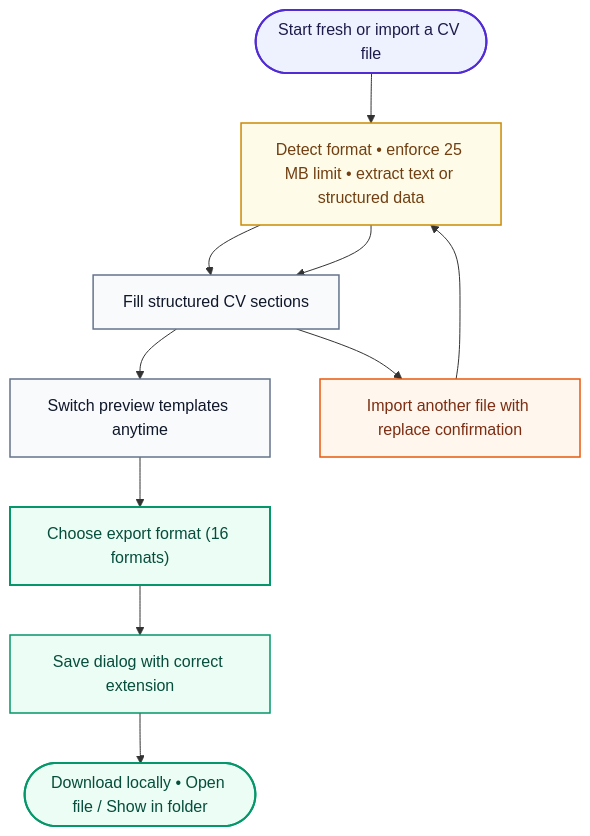
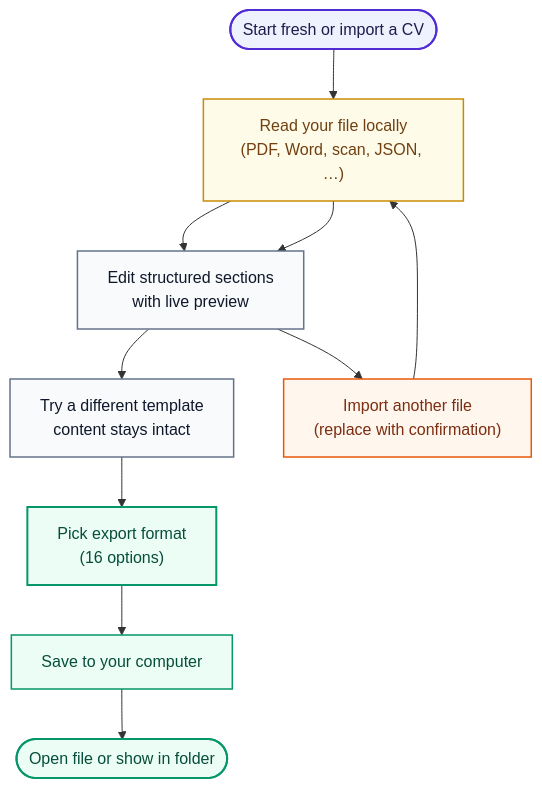
Before and after one commit to 01laky/ReVitae: the first of 2 diagrams in README.md, drawn with Mermaid. The commit also changed other lines of this file, not shown here.

````diff
--- a/README.md
+++ b/README.md
@@ -18,23 +19,23 @@
 ```mermaid
 flowchart TD
-    start(["Start fresh or import a CV file"])
-    ingest["Detect format • enforce 25 MB limit • extract text or structured data"]
-    sections["Fill structured CV sections"]
-    replace["Import another file with replace confirmation"]
-    templates["Switch preview templates anytime"]
-    exportModal["Choose export format (16 formats)"]
-    exportSave["Save dialog with correct extension"]
-    exportDone(["Download locally • Open file / Show in folder"])
+    start(["Start fresh or import a CV"])
+    ingest["Read your file locally\n(PDF, Word, scan, JSON, …)"]
+    sections["Edit structured sections\nwith live preview"]
+    replace["Import another file\n(replace with confirmation)"]
+    templates["Try a different template\ncontent stays intact"]
+    exportModal["Pick export format\n(16 options)"]
+    exportSave["Save to your computer"]
+    exportDone(["Open file or show in folder"])
 
     start --> ingest --> sections --> templates --> exportModal --> exportSave --> exportDone
     sections --> replace --> ingest --> sections
 
     style start fill:#eef2ff,stroke:#512BD4,stroke-width:2px,color:#1e1b4b
     style ingest fill:#fefce8,stroke:#ca8a04,stroke-width:1.5px,color:#713f12
     style sections fill:#f8fafc,stroke:#64748b,stroke-width:1.5px,color:#0f172a
     style replace fill:#fff7ed,stroke:#ea580c,stroke-width:1.5px,color:#7c2d12
     style templates fill:#f8fafc,stroke:#64748b,stroke-width:1.5px,color:#0f172a
     style exportModal fill:#ecfdf5,stroke:#059669,stroke-width:2px,color:#064e3b
     style exportSave fill:#ecfdf5,stroke:#059669,stroke-width:1.5px,color:#064e3b
     style exportDone fill:#ecfdf5,stroke:#059669,stroke-width:2px,color:#064e3b
 ```
````
